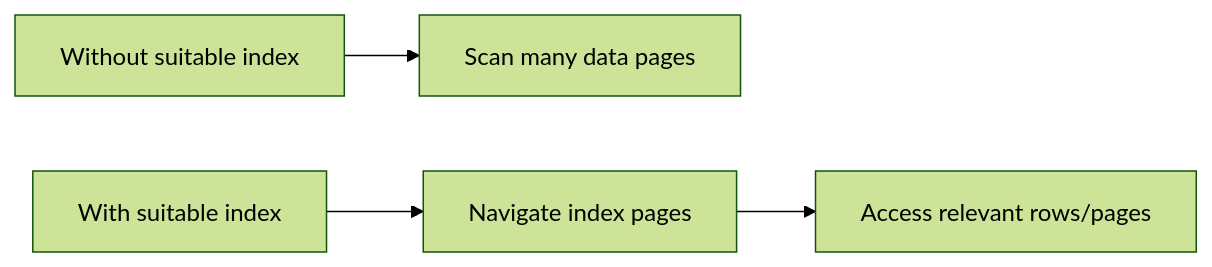
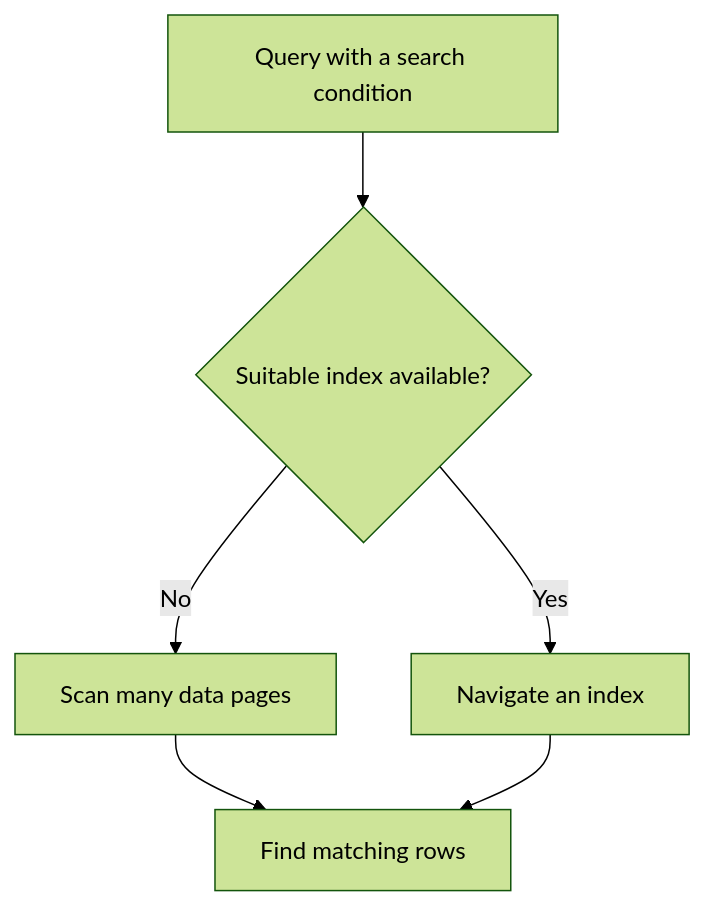
The seventh of 7 diagrams in labs/lab05-physical-storage.md (tjovic/database-design-labs-public), drawn with Mermaid (forest theme) before and after one commit. The commit also changed other lines of this file, not shown here.

````diff
--- a/labs/lab05-physical-storage.md
+++ b/labs/lab05-physical-storage.md
@@ -1779,6 +1810,11 @@
 ```mermaid
-flowchart LR
-    A[Without suitable index] --> B[Scan many data pages]
-    C[With suitable index] --> D[Navigate index pages]
-    D --> E[Access relevant rows/pages]
+flowchart TD
+    Q["Query with a search condition"]
+    Q --> D{"Suitable index available?"}
+
+    D -->|No| S["Scan many data pages"]
+    D -->|Yes| I["Navigate an index"]
+
+    S --> R["Find matching rows"]
+    I --> R
 ```
````
